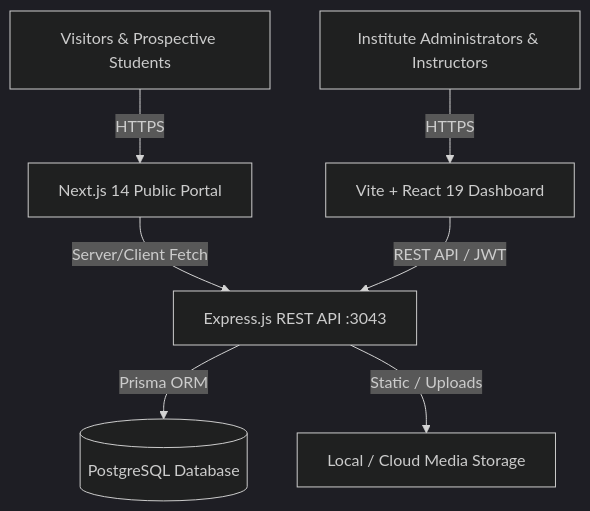
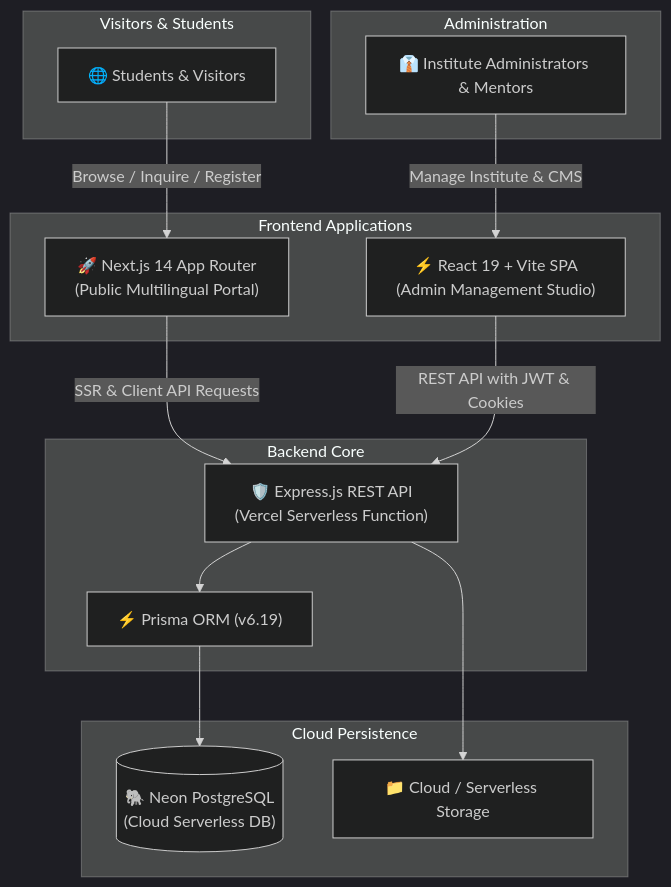
One commit to siyam-io/full-stack-institute-management-system changed the diagram in README.md. Above: the diagram before and after it, drawn with Mermaid (dark theme). The commit also changed other lines of this file and 4 other files, not shown here.

Commit message:
docs: add professional README with live links and fix backend CORS/serverless storage

````diff
--- a/README.md
+++ b/README.md
@@ -43,11 +45,35 @@
 ```mermaid
-graph TD
-    Client[Visitors & Prospective Students] -->|HTTPS| Frontend[Next.js 14 Public Portal]
-    Admin[Institute Administrators & Instructors] -->|HTTPS| AdminPanel[Vite + React 19 Dashboard]
-    
-    Frontend -->|Server/Client Fetch| Backend[Express.js REST API :3043]
-    AdminPanel -->|REST API / JWT| Backend
-    
-    Backend -->|Prisma ORM| Postgres[(PostgreSQL Database)]
-    Backend -->|Static / Uploads| Storage[Local / Cloud Media Storage]
+flowchart TD
+    subgraph Visitors & Students
+        User["🌐 Students & Visitors"]
+    end
+
+    subgraph Administration
+        Staff["👔 Institute Administrators & Mentors"]
+    end
+
+    subgraph Frontend Applications
+        NextApp["🚀 Next.js 14 App Router\n(Public Multilingual Portal)"]
+        ViteApp["⚡ React 19 + Vite SPA\n(Admin Management Studio)"]
+    end
+
+    subgraph Backend Core
+        ExpressAPI["🛡️ Express.js REST API\n(Vercel Serverless Function)"]
+        PrismaORM["⚡ Prisma ORM (v6.19)"]
+    end
+
+    subgraph Cloud Persistence
+        NeonDB[("🐘 Neon PostgreSQL\n(Cloud Serverless DB)")]
+        MediaStorage["📁 Cloud / Serverless Storage"]
+    end
+
+    User -->|Browse / Inquire / Register| NextApp
+    Staff -->|Manage Institute & CMS| ViteApp
+
+    NextApp -->|SSR & Client API Requests| ExpressAPI
+    ViteApp -->|REST API with JWT & Cookies| ExpressAPI
+
+    ExpressAPI --> PrismaORM
+    PrismaORM --> NeonDB
+    ExpressAPI --> MediaStorage
 ```
````
